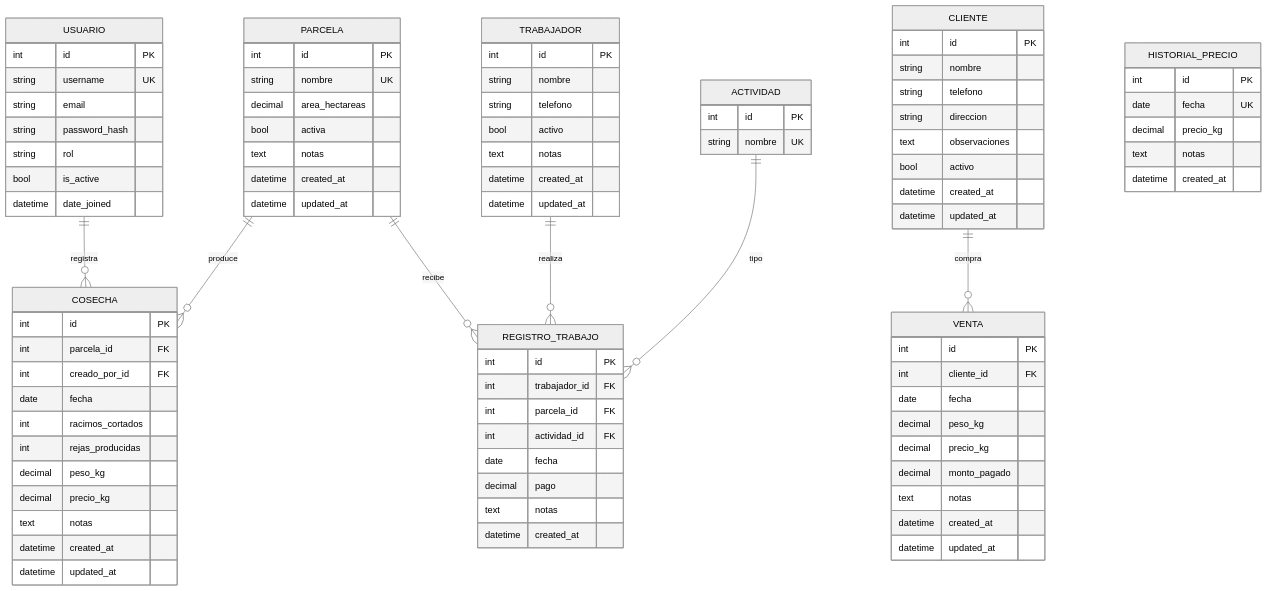
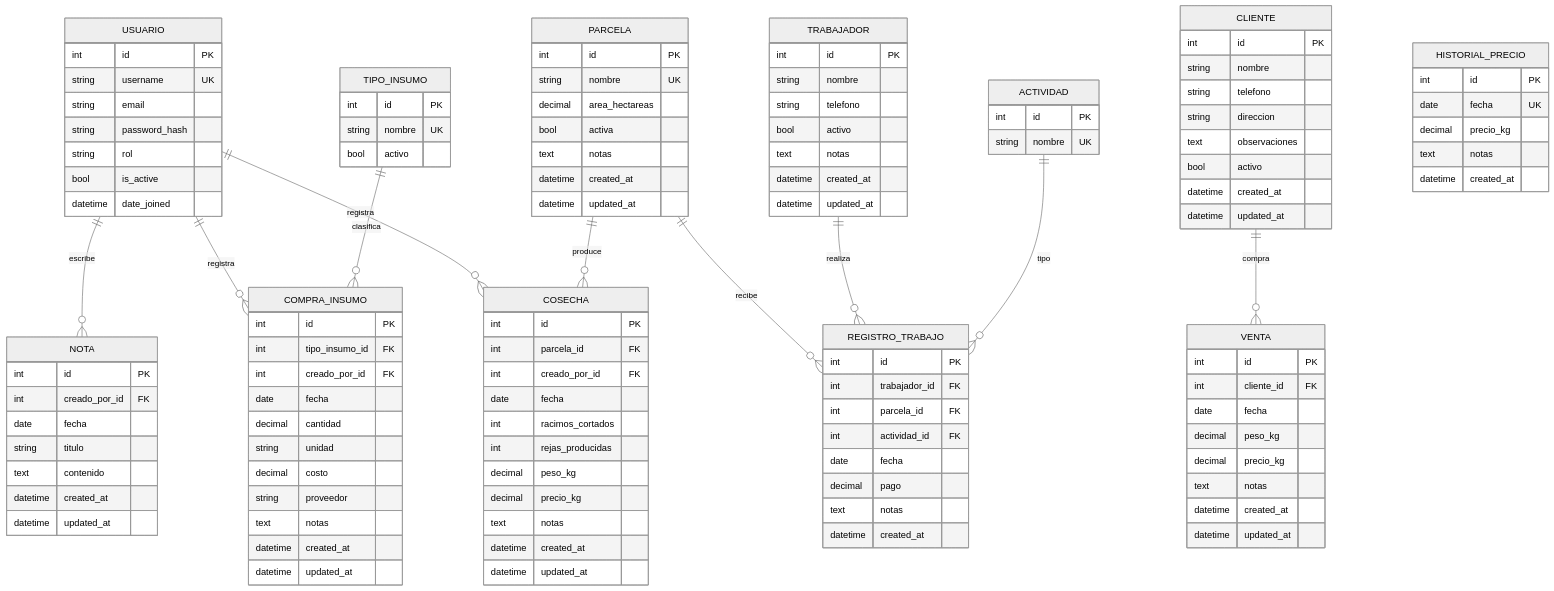
One commit to DavidBordonavePosadas/BananaApp changed the diagram in docs/BananaApp.mmd. Above: the diagram before and after it, drawn with Mermaid (neutral theme). The commit also changed 3 other files, not shown here.

Commit message:
docs: update ER diagram with insumos, notas and cash-only ventas

```diff
--- a/docs/BananaApp.mmd
+++ b/docs/BananaApp.mmd
@@ -1,98 +1,130 @@
 erDiagram
     USUARIO ||--o{ COSECHA : "registra"
+    USUARIO ||--o{ COMPRA_INSUMO : "registra"
+    USUARIO ||--o{ NOTA : "escribe"
     PARCELA ||--o{ COSECHA : "produce"
     PARCELA ||--o{ REGISTRO_TRABAJO : "recibe"
     TRABAJADOR ||--o{ REGISTRO_TRABAJO : "realiza"
     ACTIVIDAD ||--o{ REGISTRO_TRABAJO : "tipo"
     CLIENTE ||--o{ VENTA : "compra"
+    TIPO_INSUMO ||--o{ COMPRA_INSUMO : "clasifica"
 
     USUARIO {
         int      id            PK
         string   username      UK
         string   email
         string   password_hash
         string   rol
         bool     is_active
         datetime date_joined
     }
 
     PARCELA {
         int      id              PK
         string   nombre          UK
         decimal  area_hectareas
         bool     activa
         text     notas
         datetime created_at
         datetime updated_at
     }
 
     COSECHA {
         int      id                PK
         int      parcela_id        FK
         int      creado_por_id     FK
         date     fecha
         int      racimos_cortados
         int      rejas_producidas
         decimal  peso_kg
         decimal  precio_kg
         text     notas
         datetime created_at
         datetime updated_at
     }
 
     HISTORIAL_PRECIO {
         int      id         PK
         date     fecha      UK
         decimal  precio_kg
         text     notas
         datetime created_at
     }
 
     TRABAJADOR {
         int      id         PK
         string   nombre
         string   telefono
         bool     activo
         text     notas
         datetime created_at
         datetime updated_at
     }
 
     ACTIVIDAD {
         int      id      PK
         string   nombre  UK
     }
 
     REGISTRO_TRABAJO {
         int      id             PK
         int      trabajador_id  FK
         int      parcela_id     FK
         int      actividad_id   FK
         date     fecha
         decimal  pago
         text     notas
         datetime created_at
     }
 
     CLIENTE {
         int      id             PK
         string   nombre
         string   telefono
         string   direccion
         text     observaciones
         bool     activo
         datetime created_at
         datetime updated_at
     }
 
     VENTA {
-        int      id            PK
-        int      cliente_id    FK
+        int      id          PK
+        int      cliente_id  FK
         date     fecha
         decimal  peso_kg
         decimal  precio_kg
-        decimal  monto_pagado
         text     notas
         datetime created_at
         datetime updated_at
     }
+
+    TIPO_INSUMO {
+        int      id      PK
+        string   nombre  UK
+        bool     activo
+    }
+
+    COMPRA_INSUMO {
+        int      id              PK
+        int      tipo_insumo_id  FK
+        int      creado_por_id   FK
+        date     fecha
+        decimal  cantidad
+        string   unidad
+        decimal  costo
+        string   proveedor
+        text     notas
+        datetime created_at
+        datetime updated_at
+    }
+
+    NOTA {
+        int      id             PK
+        int      creado_por_id  FK
+        date     fecha
+        string   titulo
+        text     contenido
+        datetime created_at
+        datetime updated_at
+    }
```
